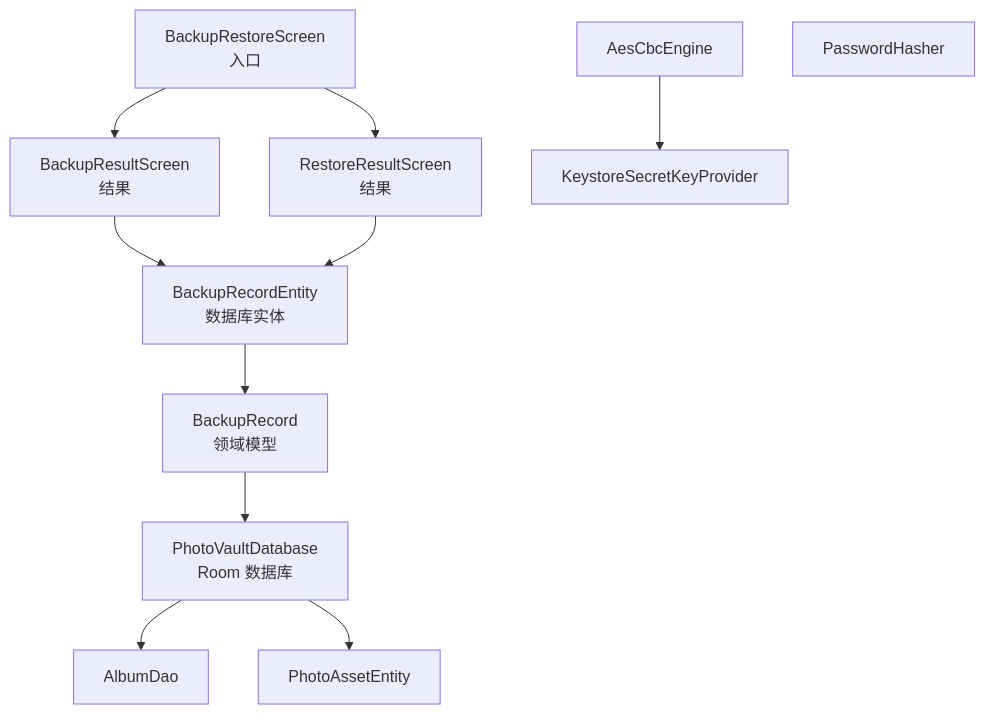
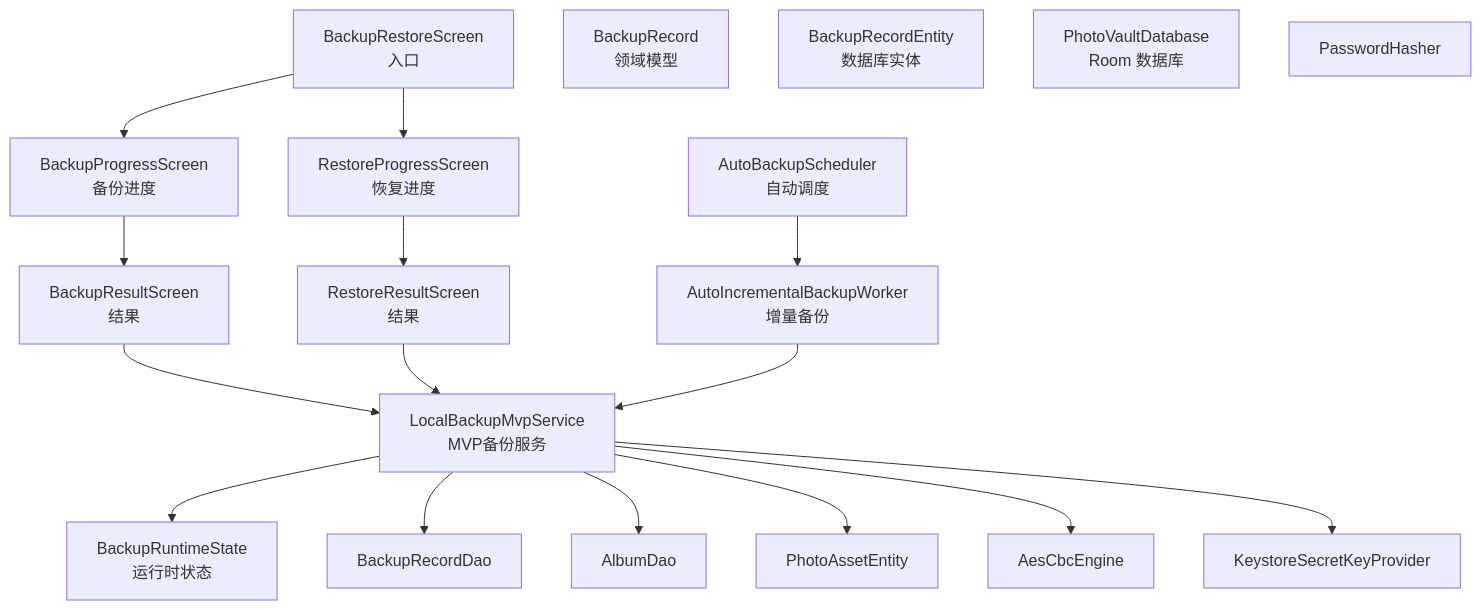
One commit to wanhongbo/ai-photo-vault changed the second of 12 diagrams in .qoder/repowiki/zh/content/核心功能模块/备份恢复系统.md. Above: the diagram before and after it, drawn with Mermaid. The commit also changed other lines of this file and 22 other files, not shown here.

````diff
--- a/.qoder/repowiki/zh/content/核心功能模块/备份恢复系统.md
+++ b/.qoder/repowiki/zh/content/核心功能模块/备份恢复系统.md
@@ -113,23 +149,35 @@
 ```mermaid
 graph TB
 UI_BRS["BackupRestoreScreen<br/>入口"]
+UI_BPS["BackupProgressScreen<br/>备份进度"]
+UI_RPS["RestoreProgressScreen<br/>恢复进度"]
 UI_BRSU["BackupResultScreen<br/>结果"]
 UI_RRS["RestoreResultScreen<br/>结果"]
 MODEL["BackupRecord<br/>领域模型"]
 ENTITY["BackupRecordEntity<br/>数据库实体"]
+DAO["BackupRecordDao"]
 DB["PhotoVaultDatabase<br/>Room 数据库"]
 DAO_A["AlbumDao"]
 ENT_PA["PhotoAssetEntity"]
 ENC["AesCbcEngine"]
 KEY["KeystoreSecretKeyProvider"]
 HASH["PasswordHasher"]
-UI_BRS --> UI_BRSU
-UI_BRS --> UI_RRS
-UI_BRSU --> ENTITY
-UI_RRS --> ENTITY
-ENTITY --> MODEL
-MODEL --> DB
-DB --> DAO_A
-DB --> ENT_PA
-ENC --> KEY
+SERVICE["LocalBackupMvpService<br/>MVP备份服务"]
+SCHED["AutoBackupScheduler<br/>自动调度"]
+WORKER["AutoIncrementalBackupWorker<br/>增量备份"]
+STATE["BackupRuntimeState<br/>运行时状态"]
+UI_BRS --> UI_BPS
+UI_BRS --> UI_RPS
+UI_BPS --> UI_BRSU
+UI_RPS --> UI_RRS
+UI_BRSU --> SERVICE
+UI_RRS --> SERVICE
+SERVICE --> STATE
+SERVICE --> DAO
+SERVICE --> DAO_A
+SERVICE --> ENT_PA
+SERVICE --> ENC
+SERVICE --> KEY
+SCHED --> WORKER
+WORKER --> SERVICE
 ```
````
